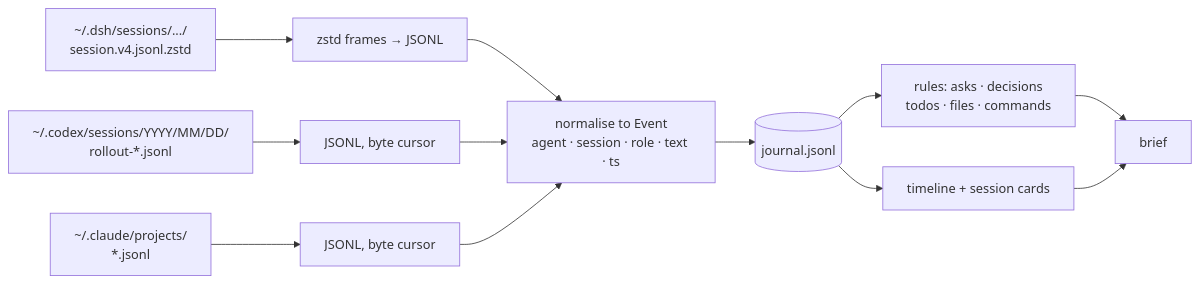
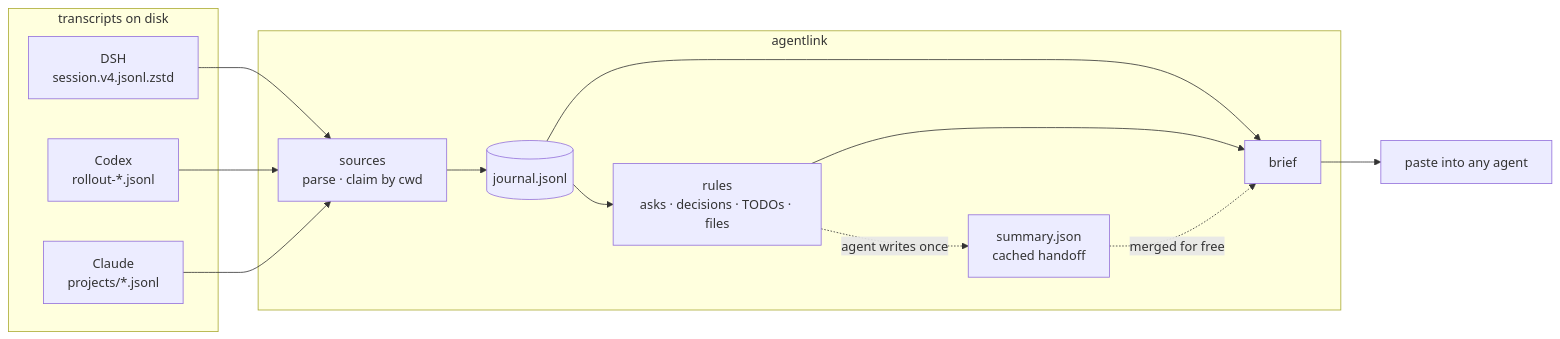
The second of 2 diagrams in README.md (gougougouz/agent-context-bridge), drawn with Mermaid before and after one commit. The commit also changed other lines of this file and 10 other files, not shown here.

````diff
--- a/README.md
+++ b/README.md
@@ -245,14 +152,27 @@
 ```mermaid
 flowchart LR
-    A["~/.dsh/sessions/.../<br/>session.v4.jsonl.zstd"] --> P1["zstd frames → JSONL"]
-    B["~/.codex/sessions/YYYY/MM/DD/<br/>rollout-*.jsonl"] --> P2["JSONL, byte cursor"]
-    C["~/.claude/projects/<br/>*.jsonl"] --> P3["JSONL, byte cursor"]
-    P1 --> N["normalise to Event<br/>agent · session · role · text · ts"]
-    P2 --> N
-    P3 --> N
-    N --> J[("journal.jsonl")]
-    J --> R["rules: asks · decisions<br/>todos · files · commands"]
-    J --> T["timeline + session cards"]
-    R --> B2["brief"]
-    T --> B2
+    subgraph disk["transcripts on disk"]
+        D["DSH<br/>session.v4.jsonl.zstd"]
+        C["Codex<br/>rollout-*.jsonl"]
+        K["Claude<br/>projects/*.jsonl"]
+    end
+
+    subgraph tool["agentlink"]
+        S["sources<br/>parse · claim by cwd"]
+        J[("journal.jsonl")]
+        R["rules<br/>asks · decisions · TODOs · files"]
+        M["summary.json<br/>cached handoff"]
+        B["brief"]
+    end
+
+    D --> S
+    C --> S
+    K --> S
+    S --> J
+    J --> R
+    J --> B
+    R --> B
+    R -.->|"agent writes once"| M
+    M -.->|"merged for free"| B
+    B --> OUT["paste into any agent"]
 ```
````
